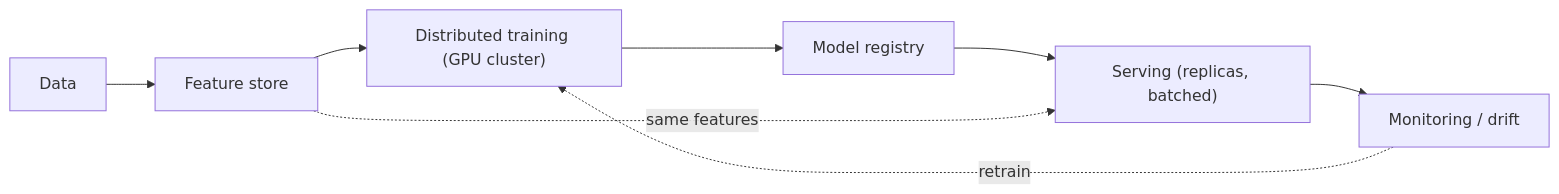
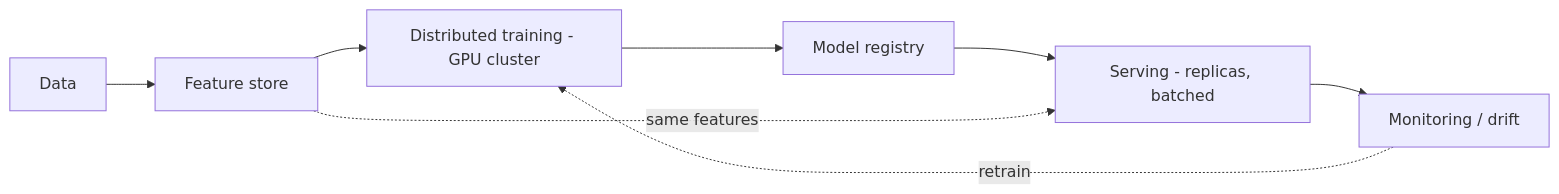
The diagram in docs/10-extreme-scale/06-ml-feature-stores-serving.md (RIT-MESH/system-design-mastery), drawn with Mermaid before and after one commit. The commit also changed 139 other files, not shown here.

First line of the commit message:
Fix Mermaid parse errors: replace parentheses in node labels across 140 files

````diff
--- a/docs/10-extreme-scale/06-ml-feature-stores-serving.md
+++ b/docs/10-extreme-scale/06-ml-feature-stores-serving.md
@@ -17,11 +17,11 @@
 ```mermaid
 %% created-for: system-design-mastery
 flowchart LR
   Data["Data"] --> FS["Feature store"]
-  FS --> Train["Distributed training (GPU cluster)"]
+  FS --> Train["Distributed training - GPU cluster"]
   Train --> Reg["Model registry"]
-  Reg --> Serve["Serving (replicas, batched)"]
+  Reg --> Serve["Serving - replicas, batched"]
   Serve --> Mon["Monitoring / drift"]
   Mon -.retrain.-> Train
   FS -.same features.-> Serve
 ```
````
